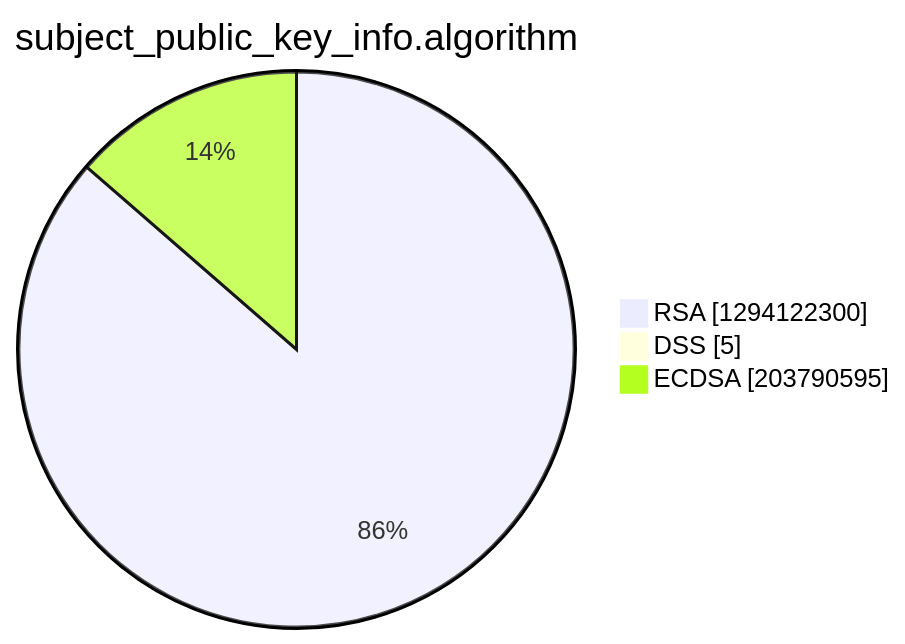
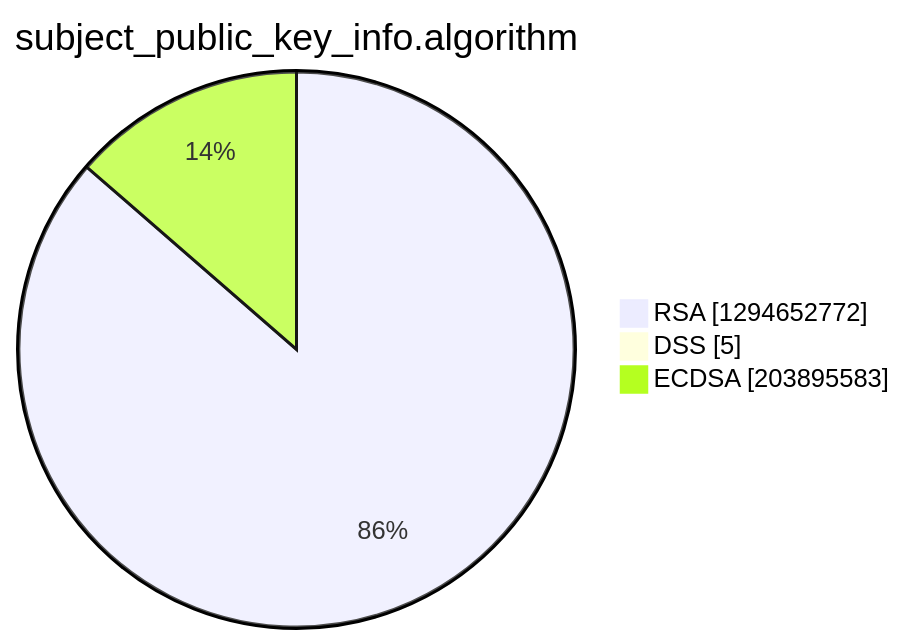
One commit to christiankrug/ctmonitor_visualization changed the third of 15 diagrams in argon2022/README.md. Above: the diagram before and after it, drawn with Mermaid. The commit also changed other lines of this file, not shown here.

````diff
--- a/argon2022/README.md
+++ b/argon2022/README.md
@@ -14,7 +14,7 @@
 ```mermaid
 pie showData
 title subject_public_key_info.algorithm
-"RSA" :1294122300
+"RSA" :1294652772
 "DSS" :5
-"ECDSA" :203790595
+"ECDSA" :203895583
 ```
````
